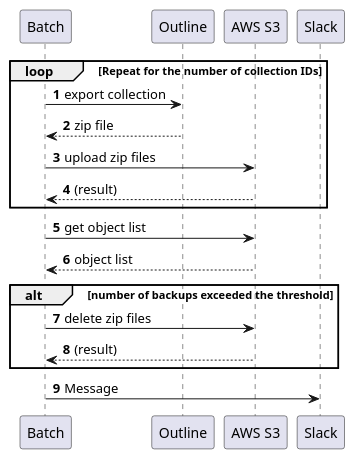
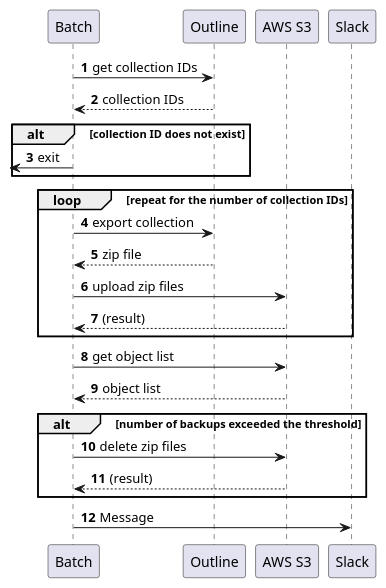
Before and after one commit to swallowarc/outline-backuper: the diagram in docs/sequence.puml, drawn with PlantUML. The commit also changed 8 other files, not shown here.

Commit message:
feature: get collection ids from OutlineAPI

```diff
--- a/docs/sequence.puml
+++ b/docs/sequence.puml
@@ -1,27 +1,34 @@
 @startuml
 'https://plantuml.com/sequence-diagram
 
 autonumber
 Participant Batch as batch
 Participant Outline as outline
 Participant "AWS S3" as s3
 Participant Slack as slack
 
-loop Repeat for the number of collection IDs
+batch -> outline: get collection IDs
+outline --> batch: collection IDs
+
+alt collection ID does not exist
+    batch ->[: exit
+end
+
+loop repeat for the number of collection IDs
     batch -> outline: export collection
     outline --> batch: zip file
     batch -> s3: upload zip files
     s3 --> batch: (result)
 end
 
 batch -> s3: get object list
 s3 --> batch: object list
 
 alt number of backups exceeded the threshold
     batch -> s3: delete zip files
     s3 --> batch: (result)
 end
 
 batch -> slack: Message
 
 @enduml
```
